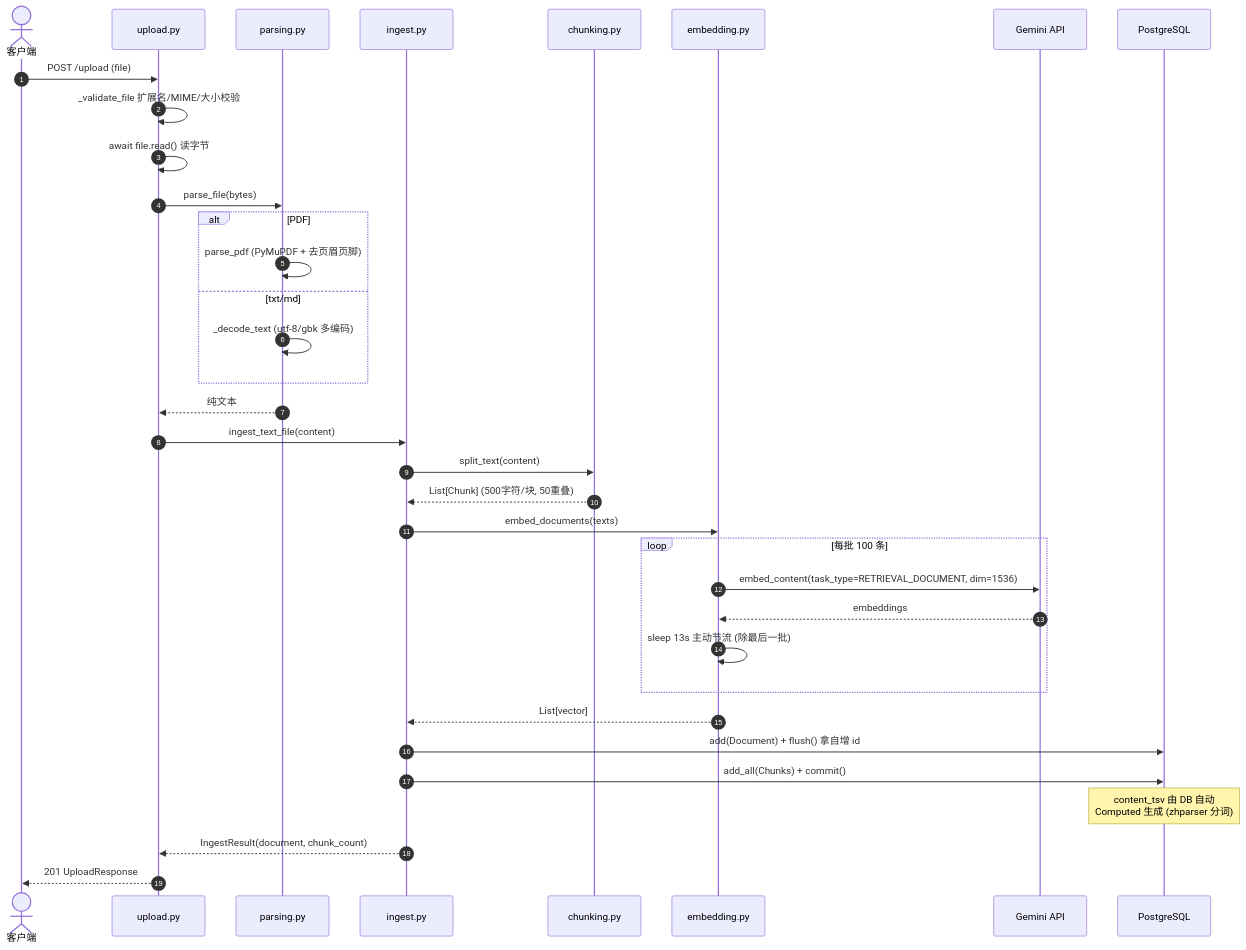
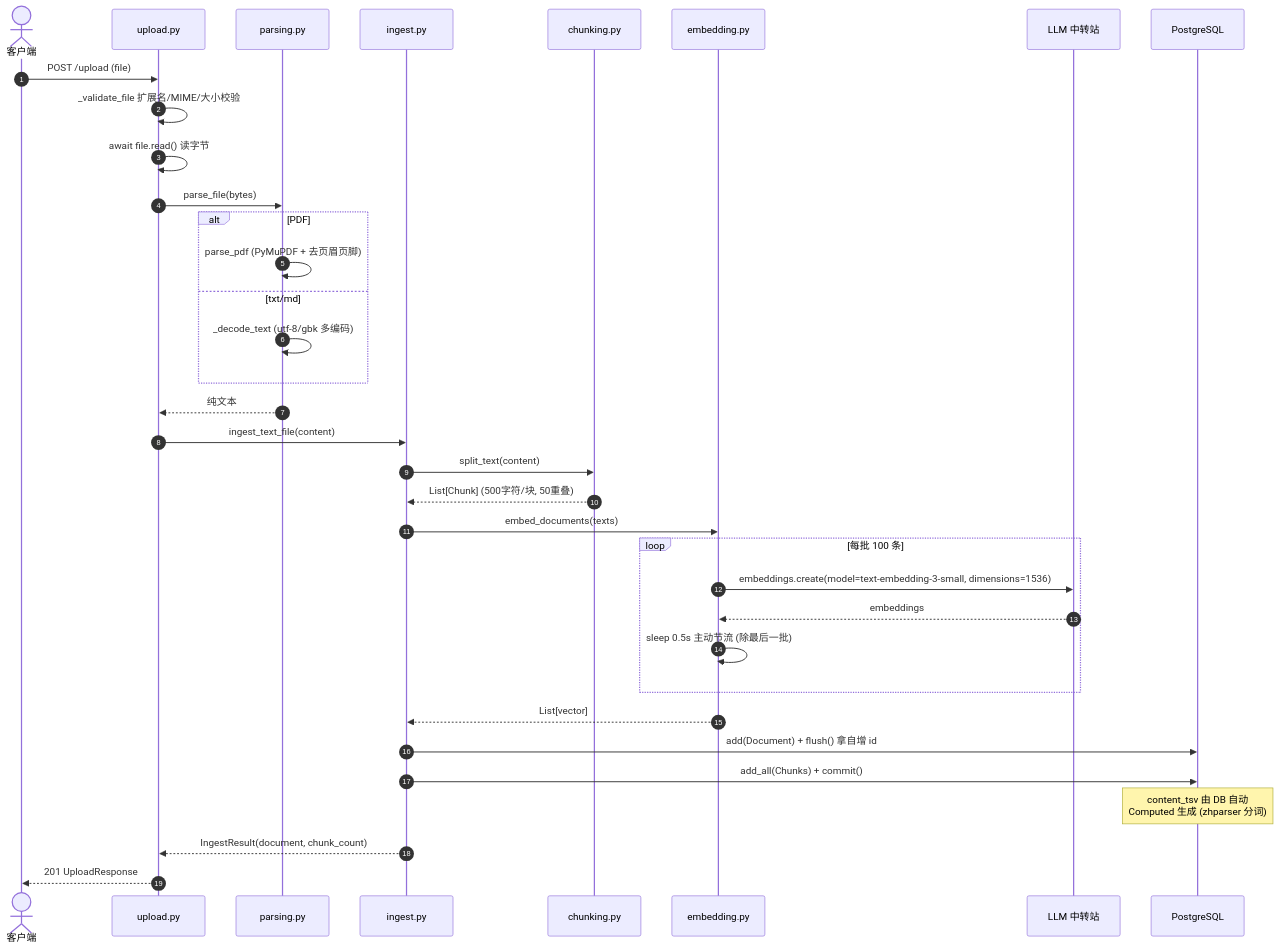
The second of 4 diagrams in 0607-rag-service/docs/ARCHITECTURE.md (BryanLi93/ai-practise), drawn with Mermaid before and after one commit. The commit also changed other lines of this file and 14 other files, not shown here.

````diff
--- a/0607-rag-service/docs/ARCHITECTURE.md
+++ b/0607-rag-service/docs/ARCHITECTURE.md
@@ -56,38 +56,38 @@
 ```mermaid
 sequenceDiagram
     autonumber
     actor U as 客户端
     participant R as upload.py
     participant P as parsing.py
     participant I as ingest.py
     participant C as chunking.py
     participant E as embedding.py
-    participant G as Gemini API
+    participant G as LLM 中转站
     participant DB as PostgreSQL
 
     U->>R: POST /upload (file)
     R->>R: _validate_file 扩展名/MIME/大小校验
     R->>R: await file.read() 读字节
     R->>P: parse_file(bytes)
     alt PDF
         P->>P: parse_pdf (PyMuPDF + 去页眉页脚)
     else txt/md
         P->>P: _decode_text (utf-8/gbk 多编码)
     end
     P-->>R: 纯文本
     R->>I: ingest_text_file(content)
     I->>C: split_text(content)
     C-->>I: List[Chunk] (500字符/块, 50重叠)
     I->>E: embed_documents(texts)
     loop 每批 100 条
-        E->>G: embed_content(task_type=RETRIEVAL_DOCUMENT, dim=1536)
+        E->>G: embeddings.create(model=text-embedding-3-small, dimensions=1536)
         G-->>E: embeddings
-        E->>E: sleep 13s 主动节流 (除最后一批)
+        E->>E: sleep 0.5s 主动节流 (除最后一批)
     end
     E-->>I: List[vector]
     I->>DB: add(Document) + flush() 拿自增 id
     I->>DB: add_all(Chunks) + commit()
     Note over DB: content_tsv 由 DB 自动<br/>Computed 生成 (zhparser 分词)
     I-->>R: IngestResult(document, chunk_count)
     R-->>U: 201 UploadResponse
 ```
````
